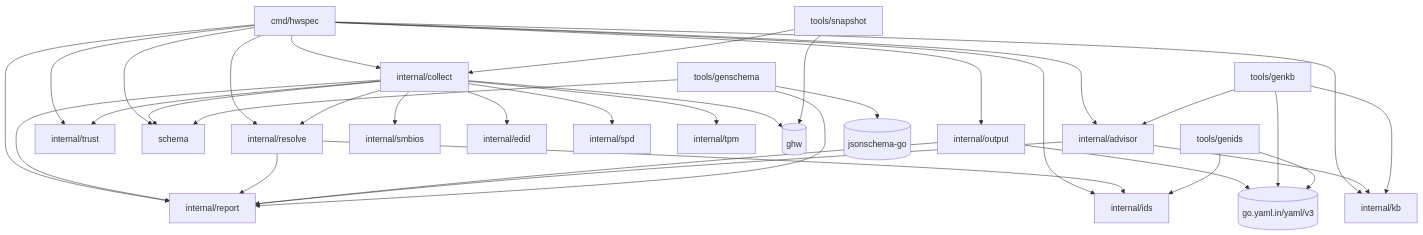
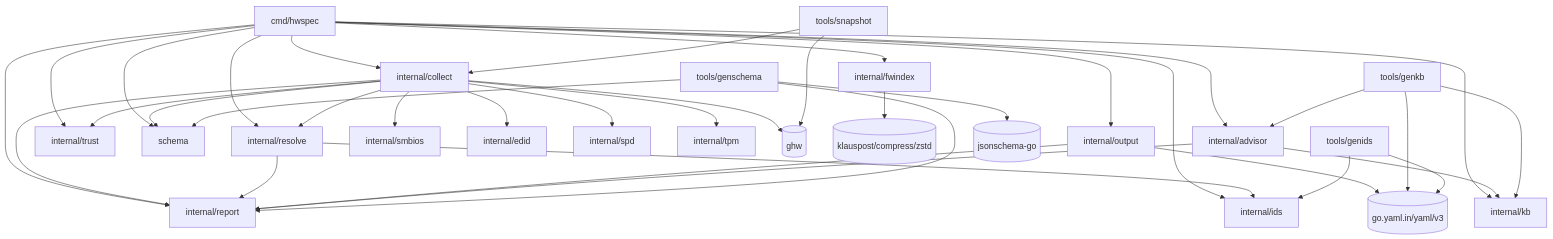
Before and after one commit to jiegui2025/hwspec: the second of 3 diagrams in ARCHITECTURE.md, drawn with Mermaid. The commit also changed other lines of this file and 29 other files, not shown here.

````diff
--- a/ARCHITECTURE.md
+++ b/ARCHITECTURE.md
@@ -44,21 +44,22 @@
 ```mermaid
 flowchart TD
-  cmd[cmd/hwspec] --> collect & resolve & output & ids & report & trust & schema & advisor & kb
+  cmd[cmd/hwspec] --> collect & resolve & output & ids & report & trust & schema & advisor & kb & fwindex
   collect[internal/collect] --> report & resolve & smbios & edid & spd & tpm & trust & schema & ghw[(ghw)]
   resolve[internal/resolve] --> ids & report
   output[internal/output] --> report & yaml[(go.yaml.in/yaml/v3)]
   advisor[internal/advisor] --> report & kb
+  fwindex[internal/fwindex] --> zstd[(klauspost/compress/zstd)]
   genkb[tools/genkb] --> kb & advisor & yaml
   kb[internal/kb]
   genids[tools/genids] --> ids & yaml
   snapshot[tools/snapshot] --> collect & ghw
   genschema[tools/genschema] --> report & schema & jsonschema[(jsonschema-go)]
   schema[schema]
   ids[internal/ids]
   report[internal/report]
   smbios[internal/smbios]
   edid[internal/edid]
   spd[internal/spd]
   tpm[internal/tpm]
   trust[internal/trust]
 ```
````
